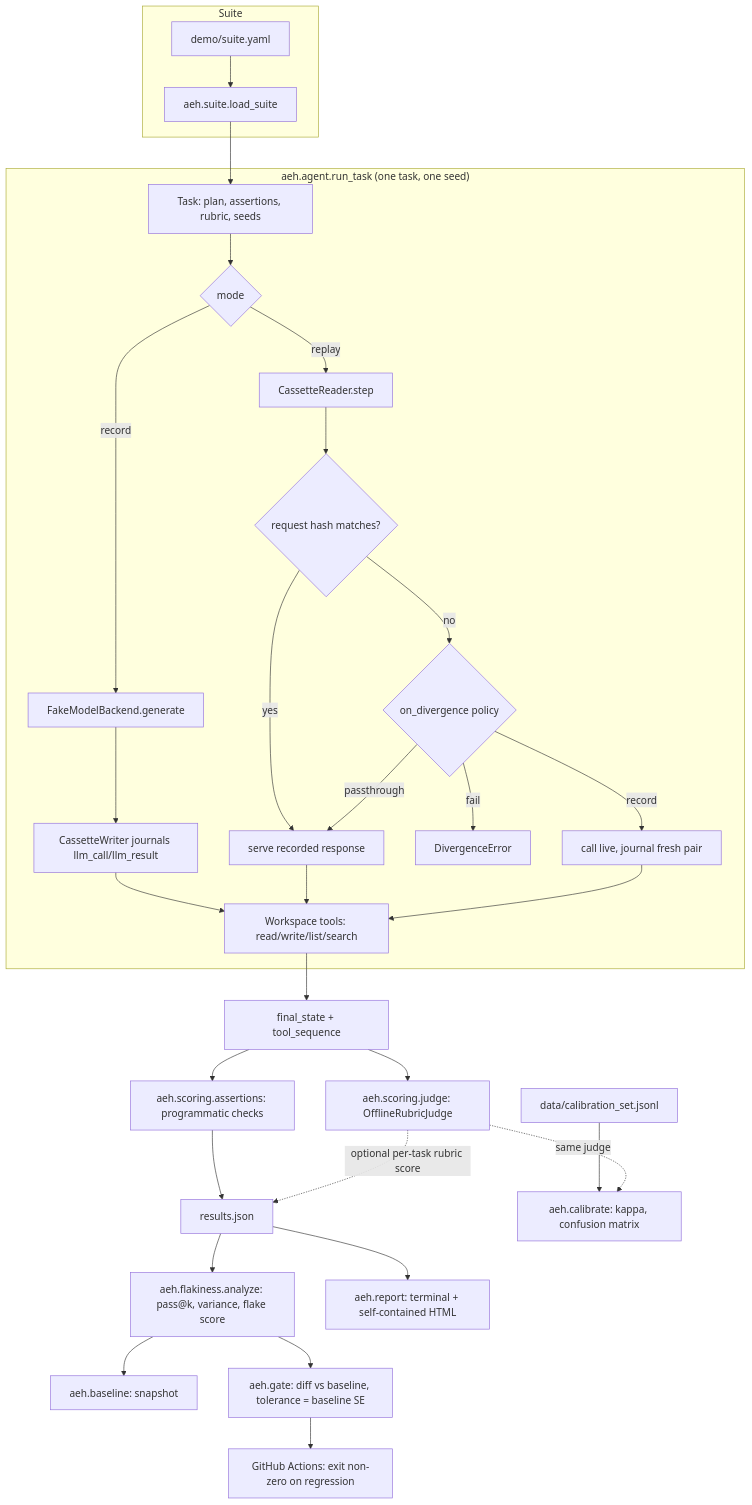
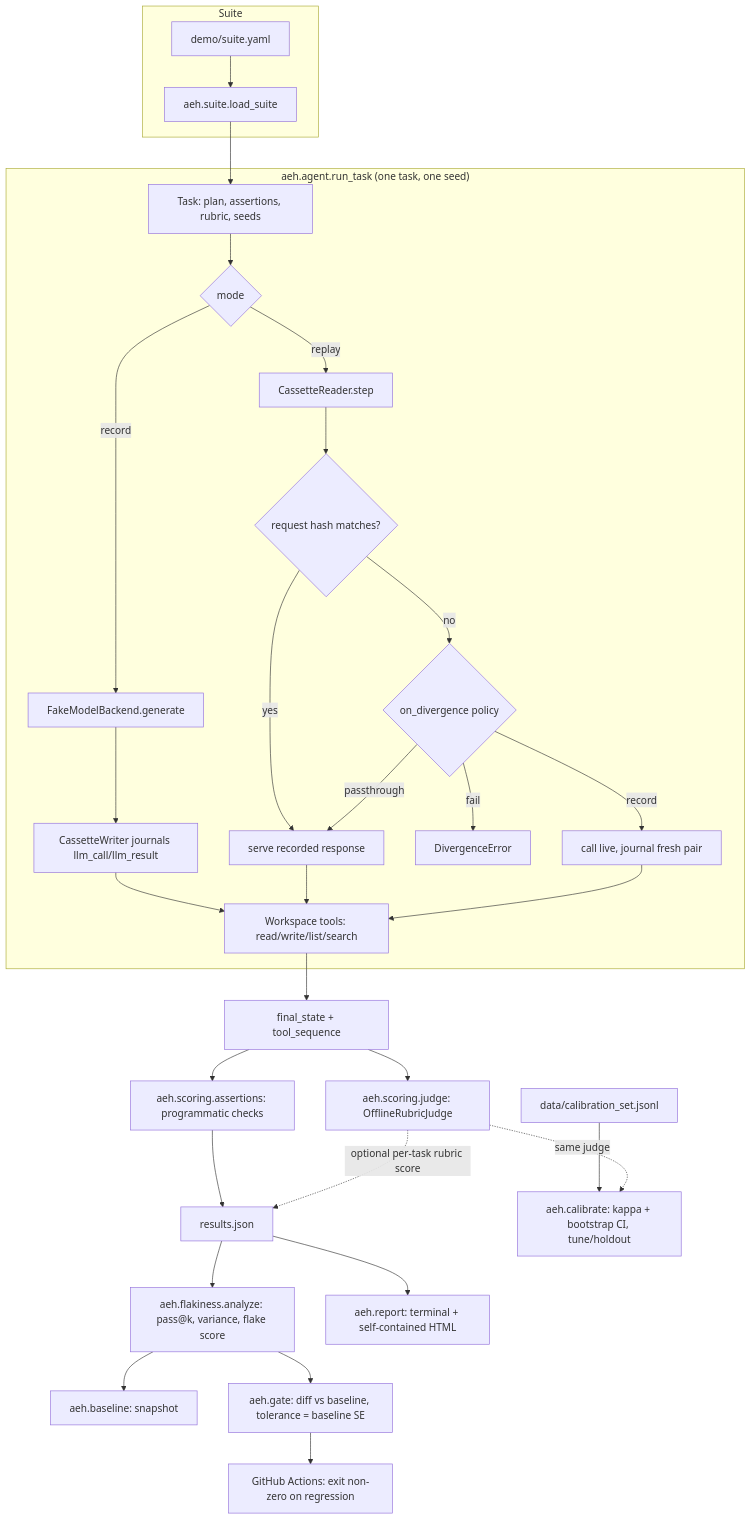
The diagram in docs/architecture.md (atharv-santosh/VerdictEval), drawn with Mermaid before and after one commit. The commit also changed other lines of this file and 4 other files, not shown here.

````diff
--- a/docs/architecture.md
+++ b/docs/architecture.md
@@ -3,42 +3,42 @@
 ```mermaid
 flowchart TD
     subgraph Suite
         Y[demo/suite.yaml] --> S[aeh.suite.load_suite]
     end
 
     S --> T[Task: plan, assertions, rubric, seeds]
 
     subgraph Run["aeh.agent.run_task (one task, one seed)"]
         T --> L{mode}
         L -->|record| FB[FakeModelBackend.generate]
         L -->|replay| RD[CassetteReader.step]
         FB --> W[CassetteWriter journals llm_call/llm_result]
         RD --> HC{request hash matches?}
         HC -->|yes| SR[serve recorded response]
         HC -->|no| DP{on_divergence policy}
         DP -->|fail| DE[DivergenceError]
         DP -->|passthrough| SR
         DP -->|record| LiveFallback[call live, journal fresh pair]
         W --> Tool[Workspace tools: read/write/list/search]
         SR --> Tool
         LiveFallback --> Tool
     end
 
     Tool --> FS[final_state + tool_sequence]
 
     FS --> A[aeh.scoring.assertions: programmatic checks]
     FS --> J[aeh.scoring.judge: OfflineRubricJudge]
 
     A --> RES[results.json]
     J -.optional per-task rubric score.-> RES
 
     RES --> FLK[aeh.flakiness.analyze: pass@k, variance, flake score]
     FLK --> BASE[aeh.baseline: snapshot]
     FLK --> GATE[aeh.gate: diff vs baseline, tolerance = baseline SE]
     GATE --> CI[GitHub Actions: exit non-zero on regression]
 
     RES --> REPORT[aeh.report: terminal + self-contained HTML]
 
-    CAL[data/calibration_set.jsonl] --> CALIB[aeh.calibrate: kappa, confusion matrix]
+    CAL[data/calibration_set.jsonl] --> CALIB[aeh.calibrate: kappa + bootstrap CI, tune/holdout]
     J -.same judge.-> CALIB
 ```
````
